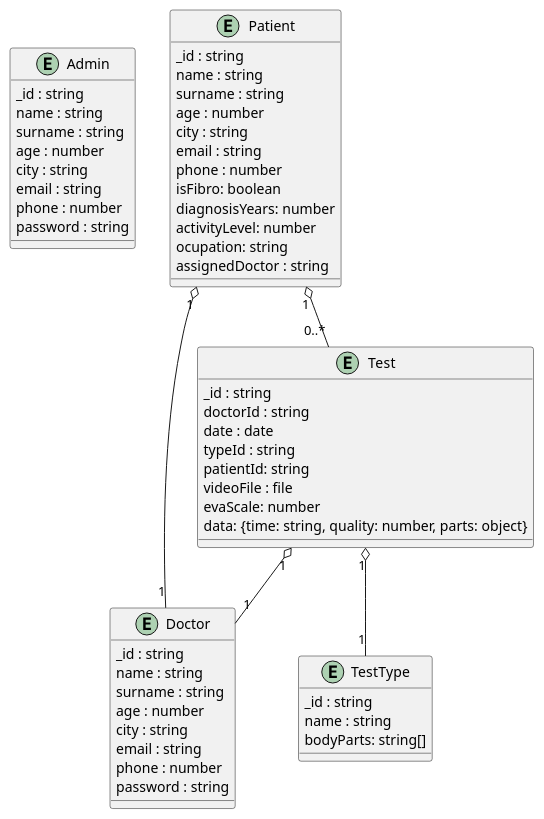
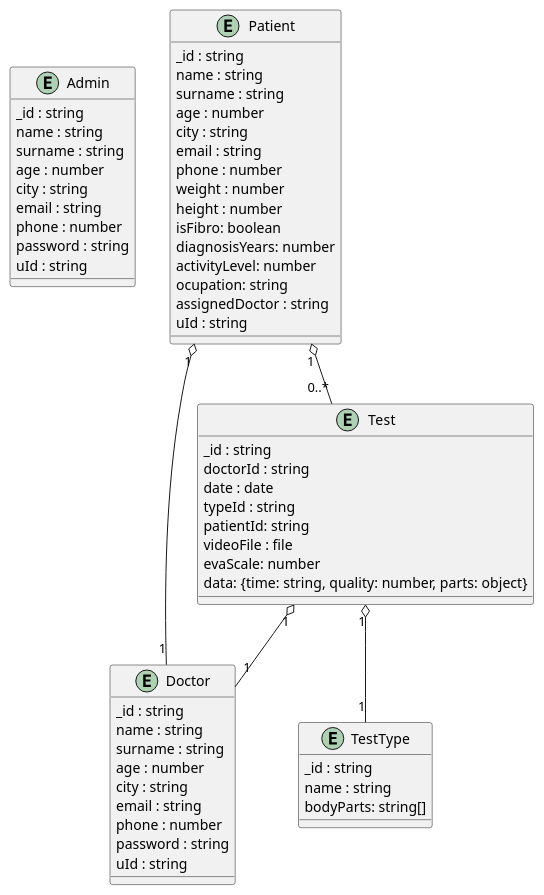
Before and after one commit to TFG-SGM/memoria: the second of 5 diagrams in templateAPP/input/appendices/03_diagramas.md, drawn with PlantUML. The commit also changed 6 other files, not shown here.

Commit message:
add some diagram changes

````diff
--- a/templateAPP/input/appendices/03_diagramas.md
+++ b/templateAPP/input/appendices/03_diagramas.md
@@ -45,65 +45,70 @@
 ```{.plantuml #anexo3:diagrama-bd caption="Diagrama de base de datos" frame=single}
 @startuml
 
 entity Admin{
 _id : string
 name : string
 surname : string
 age : number
 city : string 
 email : string
 phone : number
 password : string
+uId : string
 }
 
 entity Doctor{
 _id : string
 name : string
 surname : string
 age : number
 city : string 
 email : string
 phone : number
 password : string
+uId : string
 }
 
 entity Patient{
 _id : string
 name : string
 surname : string
 age : number
 city : string 
 email : string
 phone : number
+weight : number
+height : number
 isFibro: boolean
 diagnosisYears: number
 activityLevel: number
 ocupation: string
 assignedDoctor : string
+uId : string
 }
 
 entity Test {
 _id : string
 doctorId : string
 date : date
 typeId : string
 patientId: string
 videoFile : file
 evaScale: number
 data: {time: string, quality: number, parts: object}
 }
 
 entity TestType {
 _id : string
 name : string
 bodyParts: string[]
 }
 
 
 Patient "1" o-- "1" Doctor
 Patient "1" o-- "0..*" Test
 Test "1" o-- "1" Doctor
 Test "1" o-- "1" TestType
 
 @enduml
 ```
````
